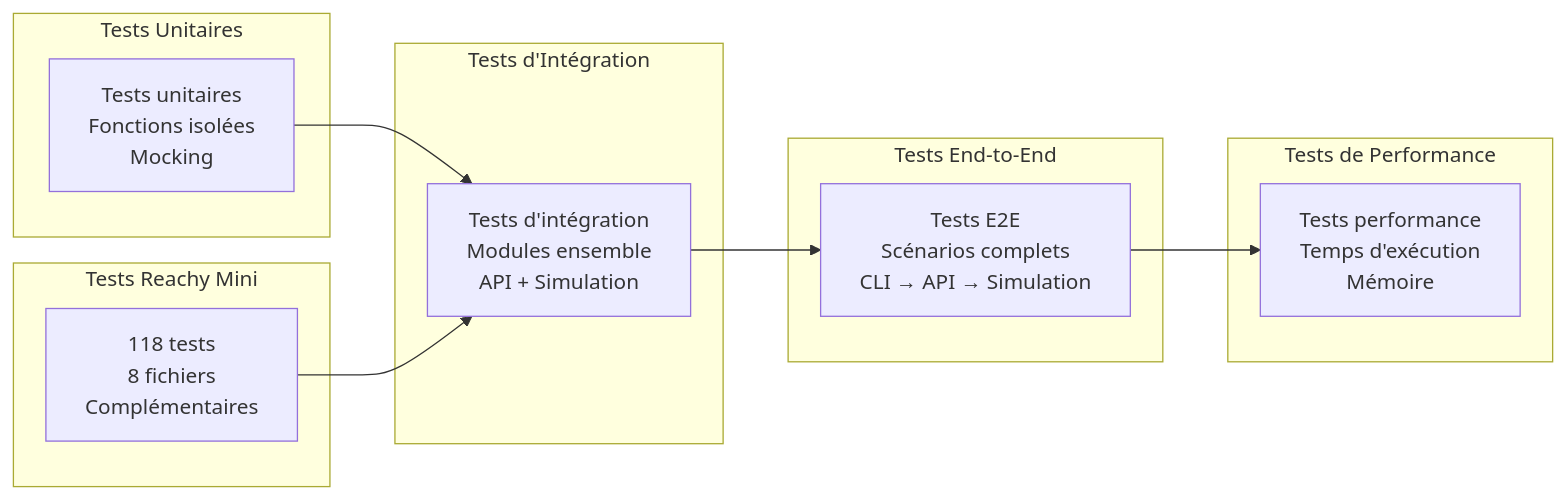
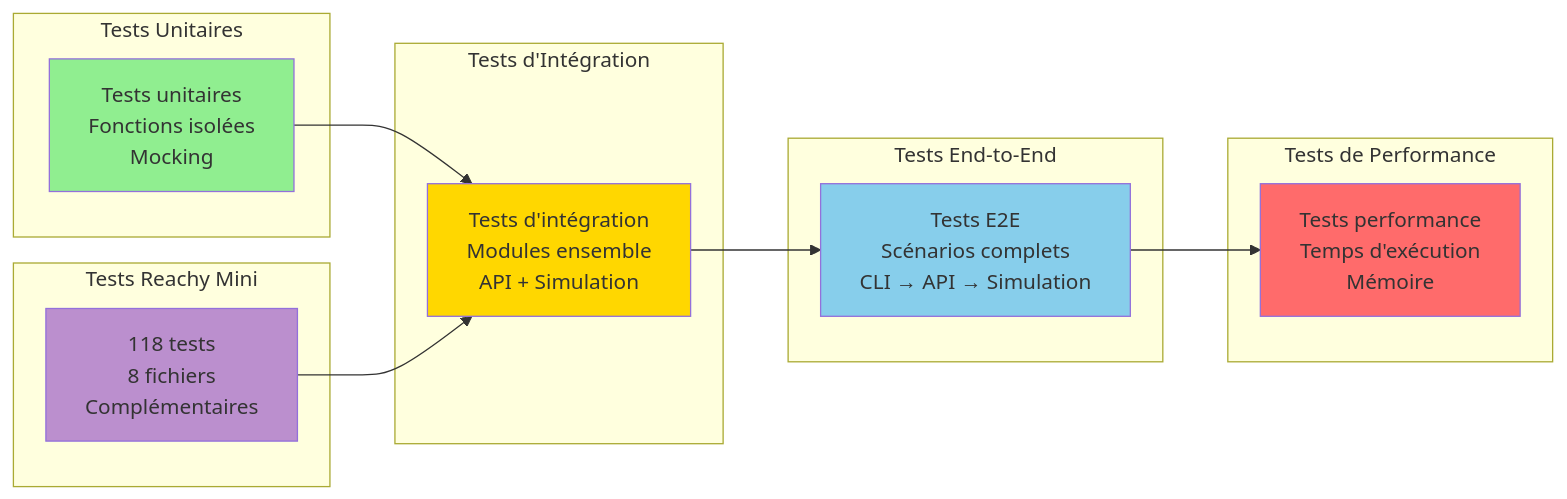
Before and after one commit to arkalia-luna-system/bbia-sim: the fourth of 4 diagrams in docs/guides_techniques/TESTING_GUIDE.md, drawn with Mermaid. The commit also changed other lines of this file and 11 other files, not shown here.

First line of the commit message:
fix: ajout couleurs schémas Mermaid restants + corrections finales

````diff
--- a/docs/guides_techniques/TESTING_GUIDE.md
+++ b/docs/guides_techniques/TESTING_GUIDE.md
@@ -97,27 +106,33 @@
 ```mermaid
 graph LR
     subgraph "Tests Unitaires"
         UNIT[Tests unitaires<br/>Fonctions isolées<br/>Mocking]
     end
 
     subgraph "Tests d'Intégration"
         INTEGRATION[Tests d'intégration<br/>Modules ensemble<br/>API + Simulation]
     end
 
     subgraph "Tests End-to-End"
         E2E[Tests E2E<br/>Scénarios complets<br/>CLI → API → Simulation]
     end
 
     subgraph "Tests de Performance"
         PERF[Tests performance<br/>Temps d'exécution<br/>Mémoire]
     end
 
     subgraph "Tests Reachy Mini"
         REACHY[118 tests<br/>8 fichiers<br/>Complémentaires]
     end
 
     UNIT --> INTEGRATION
     INTEGRATION --> E2E
     E2E --> PERF
     REACHY --> INTEGRATION
+    
+    style UNIT fill:#90EE90
+    style INTEGRATION fill:#FFD700
+    style E2E fill:#87CEEB
+    style PERF fill:#FF6B6B
+    style REACHY fill:#BB8FCE
 ```
````
